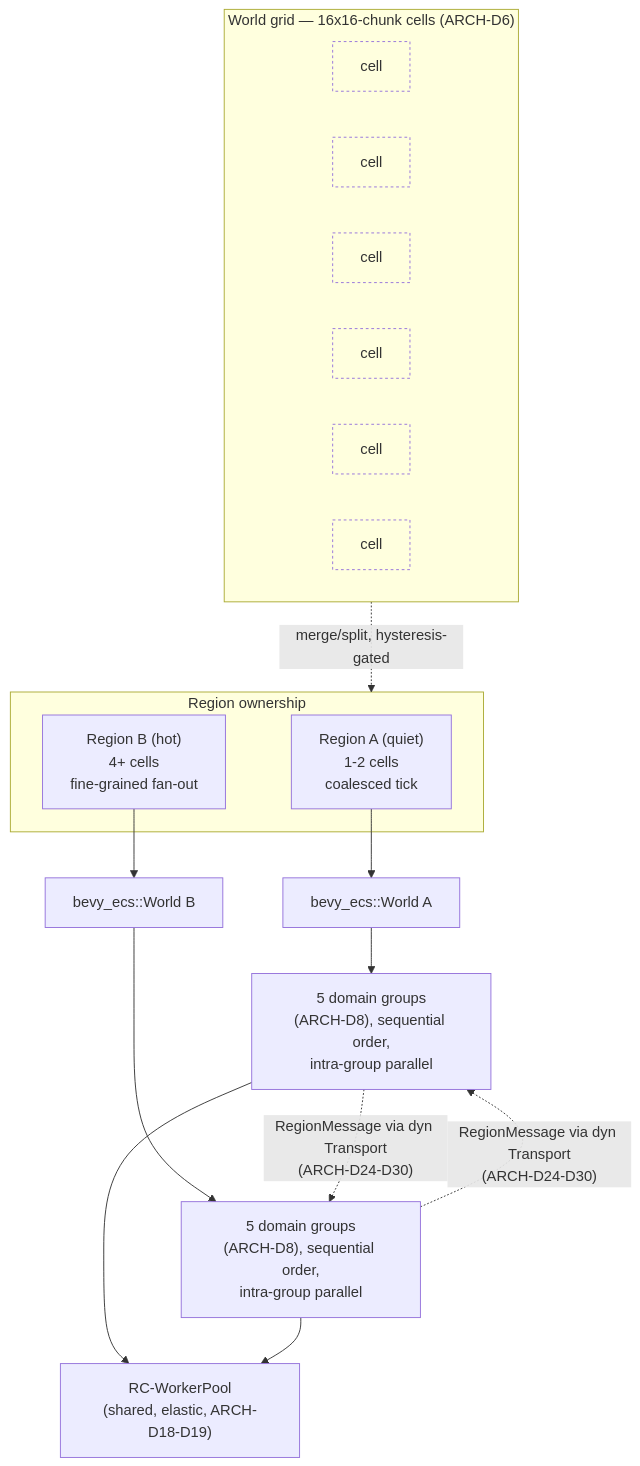
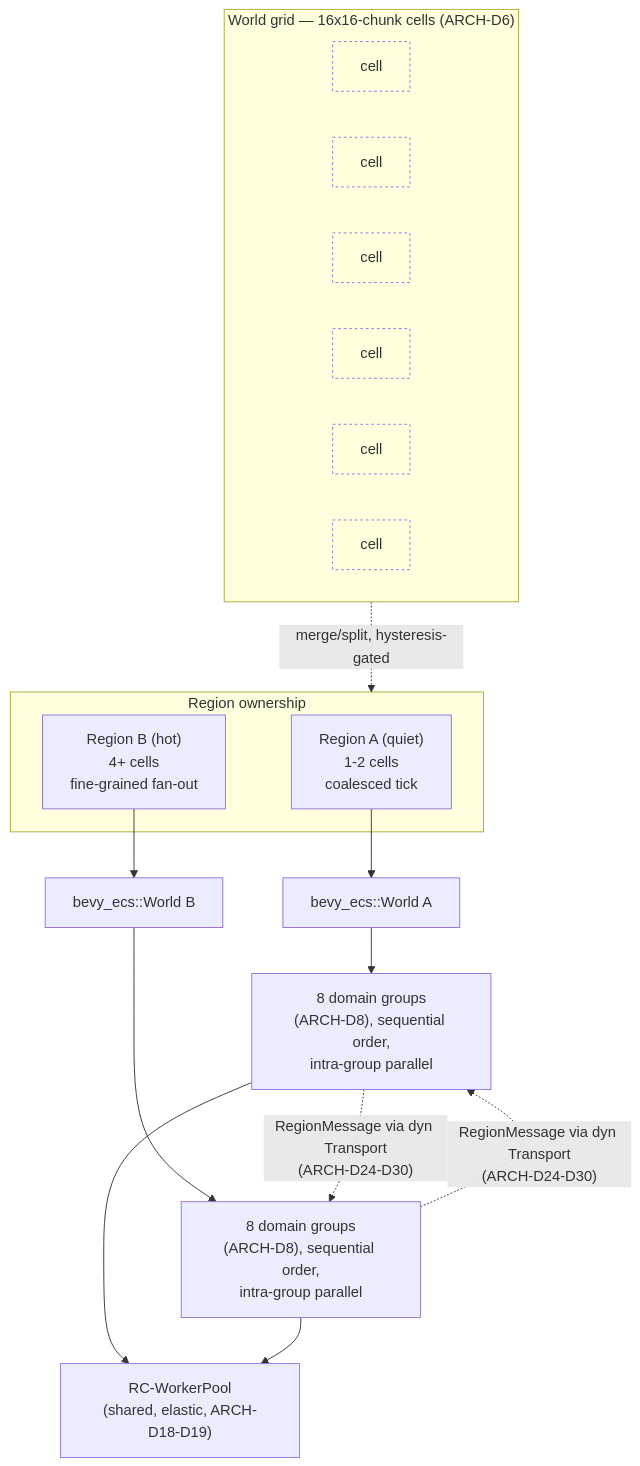
Before and after one commit to FynnAI/rusty-clanker: the first of 3 diagrams in docs/planning/01-server-architecture.md, drawn with Mermaid. The commit also changed other lines of this file and 10 other files, not shown here.

````diff
--- a/docs/planning/01-server-architecture.md
+++ b/docs/planning/01-server-architecture.md
@@ -50,31 +51,31 @@
 ```mermaid
 flowchart TB
     subgraph Grid["World grid — 16x16-chunk cells (ARCH-D6)"]
         C1["cell"]:::cell
         C2["cell"]:::cell
         C3["cell"]:::cell
         C4["cell"]:::cell
         C5["cell"]:::cell
         C6["cell"]:::cell
     end
     Grid -.merge/split, hysteresis-gated.-> RegionMap
 
     subgraph RegionMap["Region ownership"]
         RA["Region A (quiet)\n1-2 cells\ncoalesced tick"]
         RB["Region B (hot)\n4+ cells\nfine-grained fan-out"]
     end
 
     RA --> WA["bevy_ecs::World A"]
     RB --> WB["bevy_ecs::World B"]
 
-    WA --> DA["5 domain groups\n(ARCH-D8), sequential order,\nintra-group parallel"]
-    WB --> DB["5 domain groups\n(ARCH-D8), sequential order,\nintra-group parallel"]
+    WA --> DA["8 domain groups\n(ARCH-D8), sequential order,\nintra-group parallel"]
+    WB --> DB["8 domain groups\n(ARCH-D8), sequential order,\nintra-group parallel"]
 
     DA -. "RegionMessage via dyn Transport\n(ARCH-D24-D30)" .-> DB
     DB -. "RegionMessage via dyn Transport\n(ARCH-D24-D30)" .-> DA
 
     DA --> Pool["RC-WorkerPool\n(shared, elastic, ARCH-D18-D19)"]
     DB --> Pool
 
     classDef cell fill:transparent,stroke-dasharray: 3 3;
 ```
````
